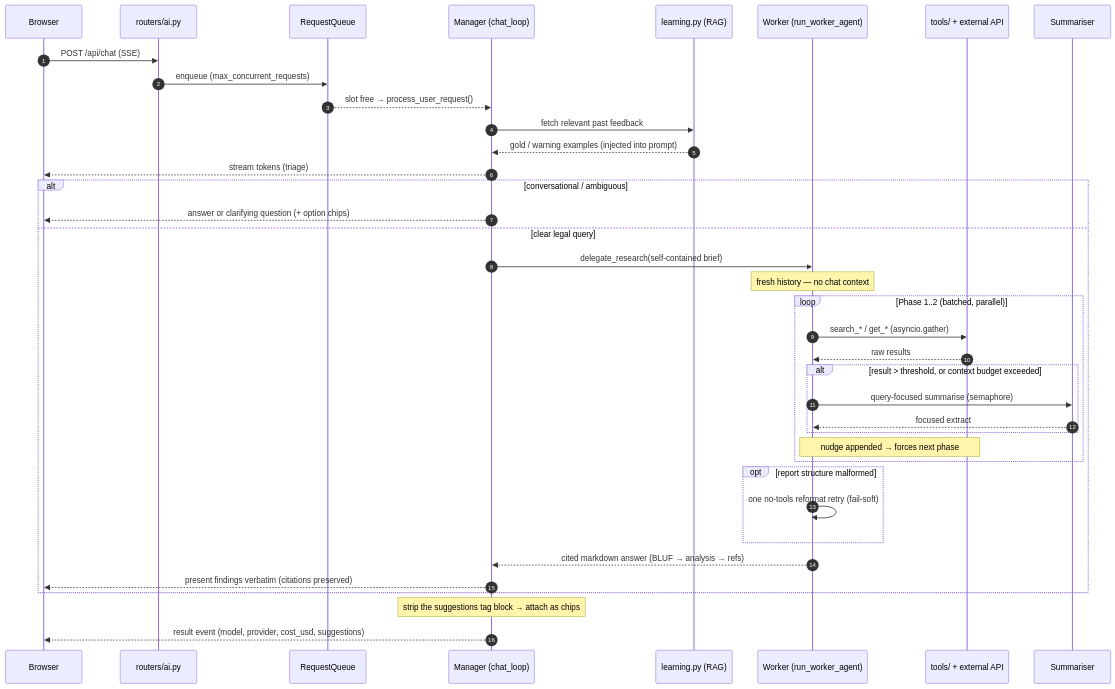
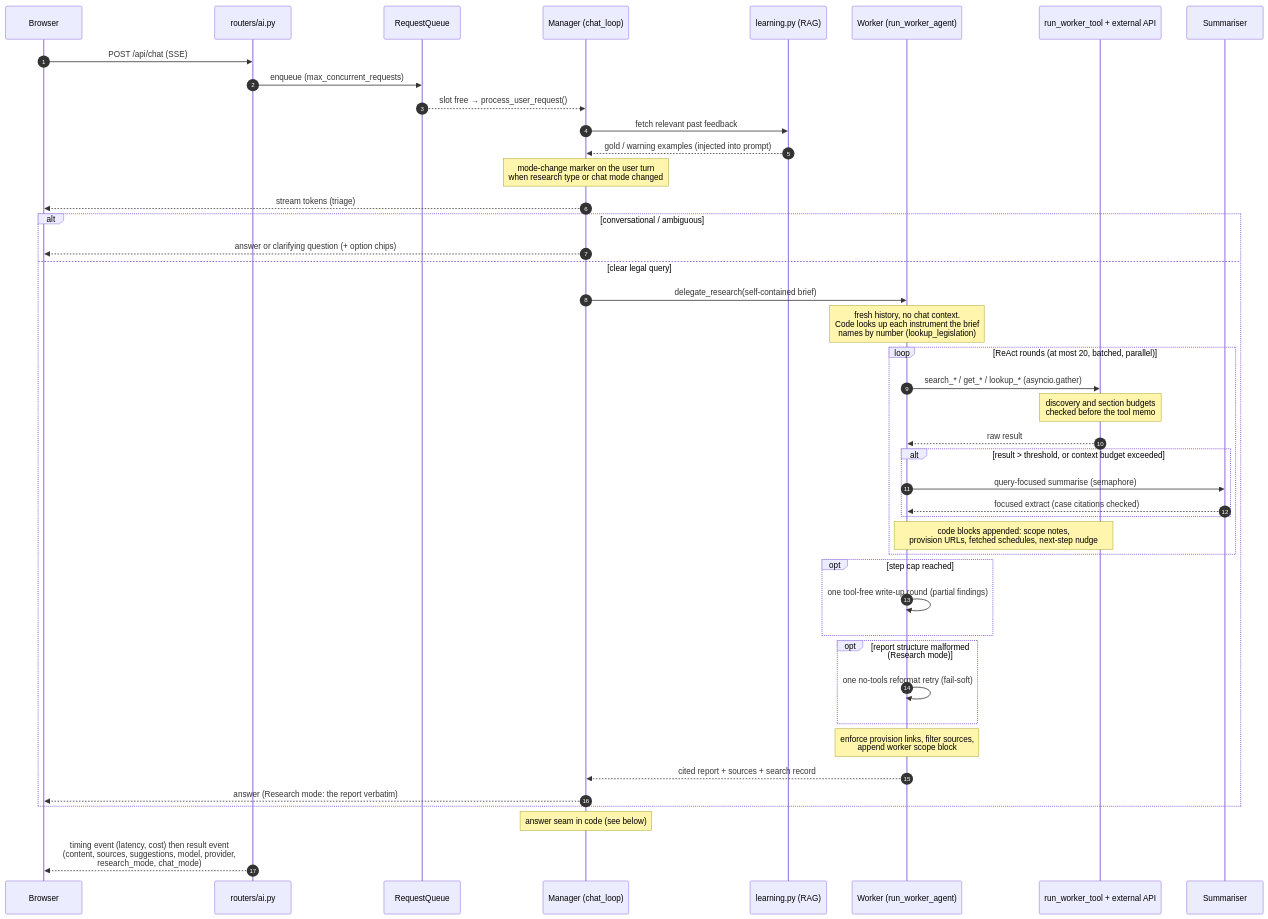
The fourth of 15 diagrams in docs/ARCHITECTURE.md (delphium226/LexChat), drawn with Mermaid before and after one commit. The commit also changed other lines of this file and 18 other files, not shown here.

````diff
--- a/docs/ARCHITECTURE.md
+++ b/docs/ARCHITECTURE.md
@@ -246,41 +317,47 @@
 ```mermaid
 sequenceDiagram
     autonumber
     participant U as Browser
     participant AI as routers/ai.py
     participant Q as RequestQueue
     participant M as Manager (chat_loop)
     participant L as learning.py (RAG)
     participant W as Worker (run_worker_agent)
-    participant T as tools/ + external API
+    participant T as run_worker_tool + external API
     participant S as Summariser
 
     U->>AI: POST /api/chat (SSE)
     AI->>Q: enqueue (max_concurrent_requests)
     Q-->>M: slot free → process_user_request()
     M->>L: fetch relevant past feedback
     L-->>M: gold / warning examples (injected into prompt)
+    Note over M: mode-change marker on the user turn<br/>when research type or chat mode changed
     M-->>U: stream tokens (triage)
     alt conversational / ambiguous
         M-->>U: answer or clarifying question (+ option chips)
     else clear legal query
         M->>W: delegate_research(self-contained brief)
-        Note over W: fresh history — no chat context
-        loop Phase 1..2 (batched, parallel)
-            W->>T: search_* / get_* (asyncio.gather)
-            T-->>W: raw results
+        Note over W: fresh history, no chat context.<br/>Code looks up each instrument the brief<br/>names by number (lookup_legislation)
+        loop ReAct rounds (at most 20, batched, parallel)
+            W->>T: search_* / get_* / lookup_* (asyncio.gather)
+            Note over T: discovery and section budgets<br/>checked before the tool memo
+            T-->>W: raw result
             alt result > threshold, or context budget exceeded
                 W->>S: query-focused summarise (semaphore)
-                S-->>W: focused extract
+                S-->>W: focused extract (case citations checked)
             end
-            Note over W,T: nudge appended → forces next phase
+            Note over W,T: code blocks appended: scope notes,<br/>provision URLs, fetched schedules, next-step nudge
         end
-        opt report structure malformed
+        opt step cap reached
+            W->>W: one tool-free write-up round (partial findings)
+        end
+        opt report structure malformed (Research mode)
             W->>W: one no-tools reformat retry (fail-soft)
         end
-        W-->>M: cited markdown answer (BLUF → analysis → refs)
-        M-->>U: present findings verbatim (citations preserved)
+        Note over W: enforce provision links, filter sources,<br/>append worker scope block
+        W-->>M: cited report + sources + search record
+        M-->>U: answer (Research mode: the report verbatim)
     end
-    Note over M: strip the suggestions tag block → attach as chips
-    M-->>U: result event (model, provider, cost_usd, suggestions)
+    Note over M: answer seam in code (see below)
+    AI-->>U: timing event (latency, cost) then result event<br/>(content, sources, suggestions, model, provider,<br/>research_mode, chat_mode)
 ```
````
